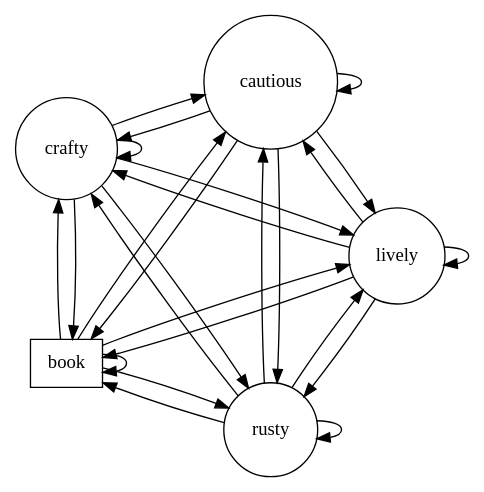
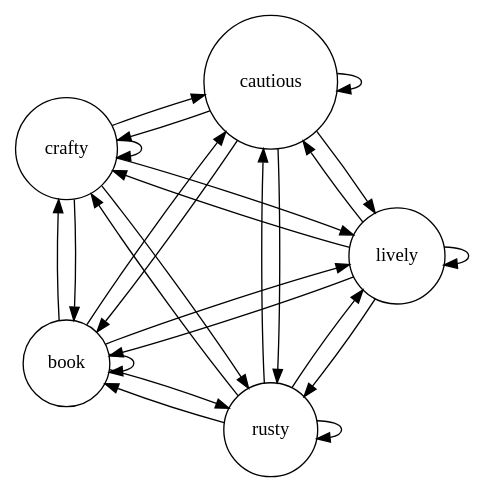
Before and after one commit to mskmoorthy/PancaTantra-Graph: the diagram in src/logos/panchalogo.gv, drawn with Graphviz.

Commit message:
box->circle

```diff
--- a/src/logos/panchalogo.gv
+++ b/src/logos/panchalogo.gv
@@ -1,11 +1,11 @@
 // see https://stackoverflow.com/questions/46317240/how-to-layout-complete-graphs-circularly-using-dot-and-graphviz
 
 strict digraph P  {
         layout=circo
         rusty [shape=circle, fillcolor=red]
         lively [fillcolor=blue, shape=circle]
         crafty [shape=circle, fillcolor=green]
         cautious [fillcolor=green, shape=circle]
-        book [shape=box]
+        book [shape=circle]
         {book, rusty, lively, cautious, crafty}->{book, rusty, lively, cautious, crafty}
 }
```
